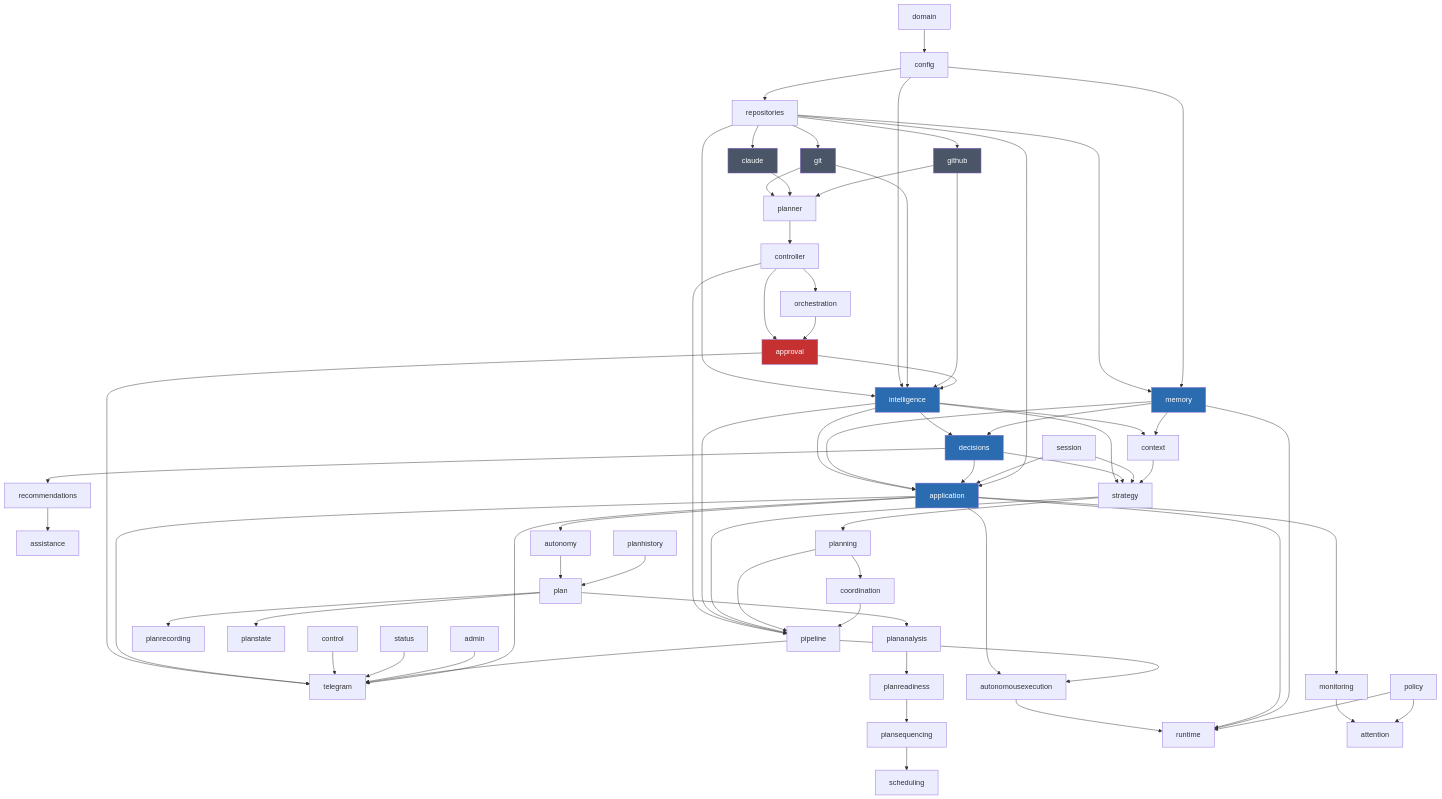
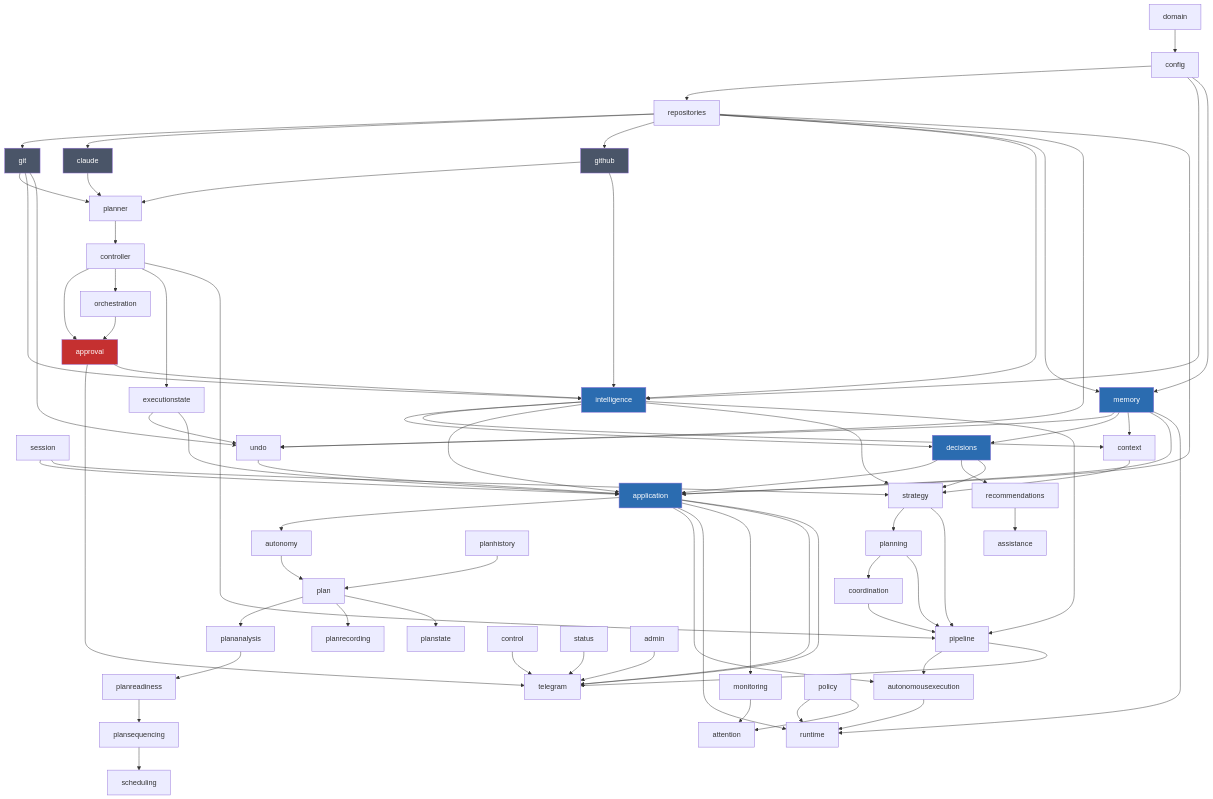
The first of 2 diagrams in architecture.md (taijulsir/ai-controller), drawn with Mermaid before and after one commit. The commit also changed other lines of this file and 81 other files, not shown here.

````diff
--- a/architecture.md
+++ b/architecture.md
@@ -51,37 +52,39 @@
 ```mermaid
 flowchart TB
     domain --> config --> repositories --> git & claude & github
     git & claude & github --> planner --> controller --> approval --> telegram
     controller --> orchestration --> approval
 
     repositories & config & git & github & approval --> intelligence
     repositories & config --> memory
     session
+    controller --> executionstate
+    git & executionstate & memory & repositories --> undo
     intelligence & memory --> decisions
     intelligence & memory --> context
-    intelligence & memory & decisions & session & repositories --> application
+    intelligence & memory & decisions & session & repositories & executionstate & undo --> application
 
     decisions --> recommendations --> assistance
     intelligence & decisions & session & context --> strategy --> planning --> coordination
     controller & intelligence & strategy & planning & coordination --> pipeline
 
     application --> autonomy --> plan
     planhistory --> plan
     plan --> plananalysis --> planreadiness --> plansequencing --> scheduling
     plan --> planrecording
     plan --> planstate
     application & pipeline --> autonomousexecution
     autonomousexecution & application & memory --> runtime
     application --> monitoring --> attention
     policy --> runtime & attention
 
     application & control & status & admin --> telegram
     pipeline & application --> telegram
 
     classDef mechanism fill:#4a5568,color:#fff
     classDef policyLayer fill:#c53030,color:#fff
     classDef readonly fill:#2b6cb0,color:#fff
     class git,claude,github mechanism
     class approval policyLayer
     class intelligence,memory,decisions,application readonly
 ```
````
